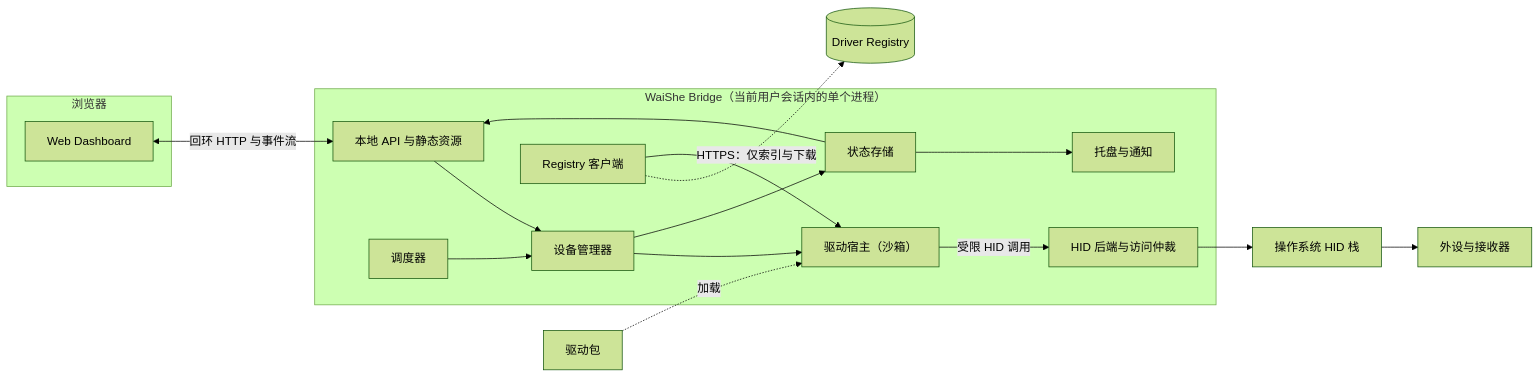
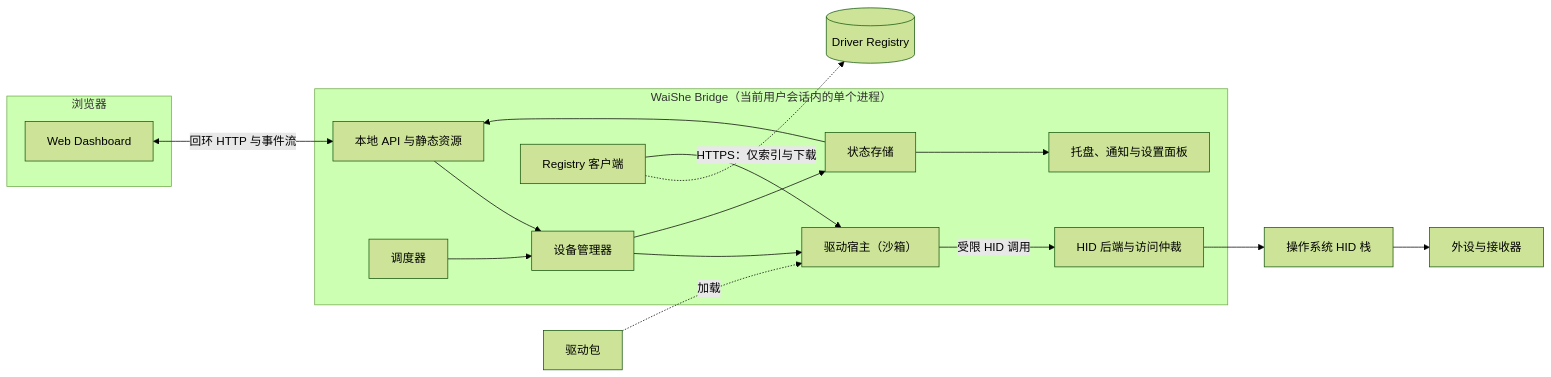
The first of 6 diagrams in docs/architecture.md (WaiShe-Project/waishe), drawn with Mermaid (forest theme) before and after one commit. The commit also changed 2 other files, not shown here.

Commit message:
docs: 关闭 M0，记录 Q7-Q10 决定，新增原生设置面板与平台需求

````diff
--- a/docs/architecture.md
+++ b/docs/architecture.md
@@ -17,33 +17,33 @@
 ```mermaid
 flowchart LR
   subgraph B["浏览器"]
     D["Web Dashboard"]
   end
   subgraph BR["WaiShe Bridge（当前用户会话内的单个进程）"]
     API["本地 API 与静态资源"]
     DM["设备管理器"]
     SCH["调度器"]
     ST["状态存储"]
     DH["驱动宿主（沙箱）"]
     HID["HID 后端与访问仲裁"]
-    TRAY["托盘与通知"]
+    TRAY["托盘、通知与设置面板"]
     RC["Registry 客户端"]
   end
   DRV["驱动包"]
   REG[("Driver Registry")]
   OS["操作系统 HID 栈"]
   HW["外设与接收器"]
 
   D <-->|"回环 HTTP 与事件流"| API
   API --> DM
   SCH --> DM
   DM --> DH
   DM --> ST
   ST --> API
   ST --> TRAY
   DH -->|"受限 HID 调用"| HID
   DRV -.->|"加载"| DH
   HID --> OS --> HW
   RC -.->|"HTTPS：仅索引与下载"| REG
   RC --> DH
 ```
````
